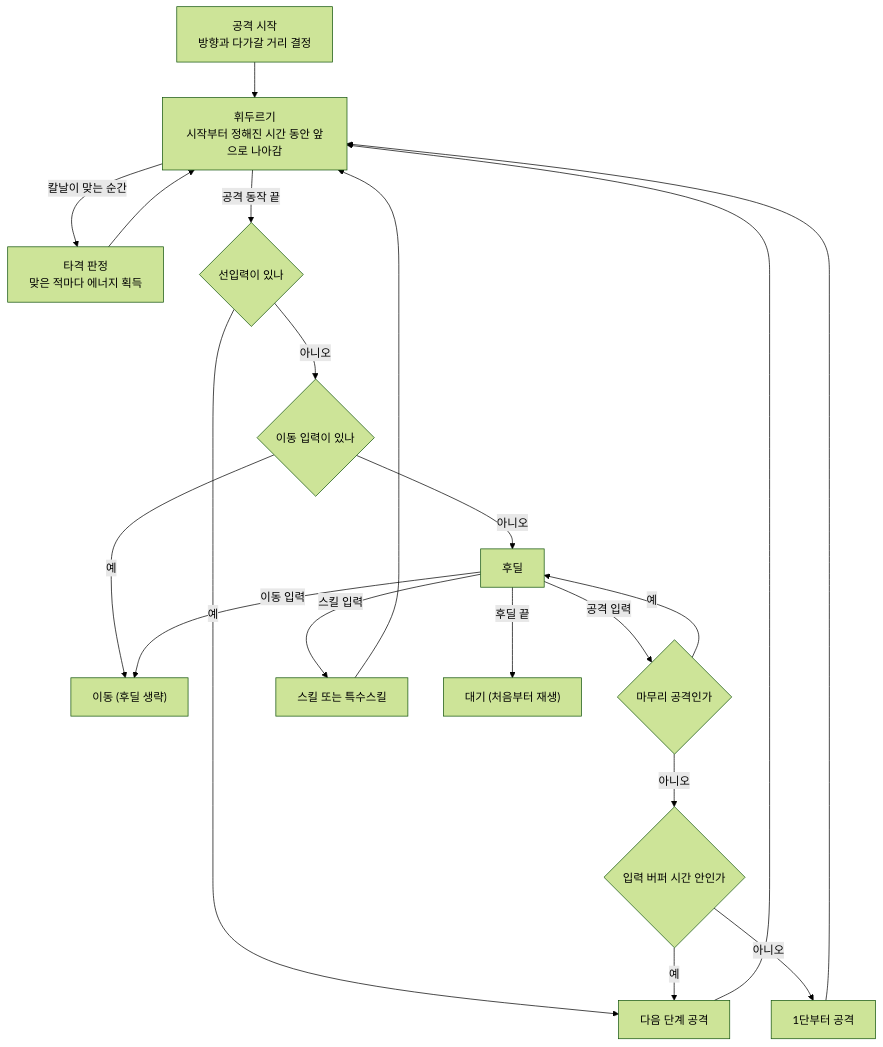
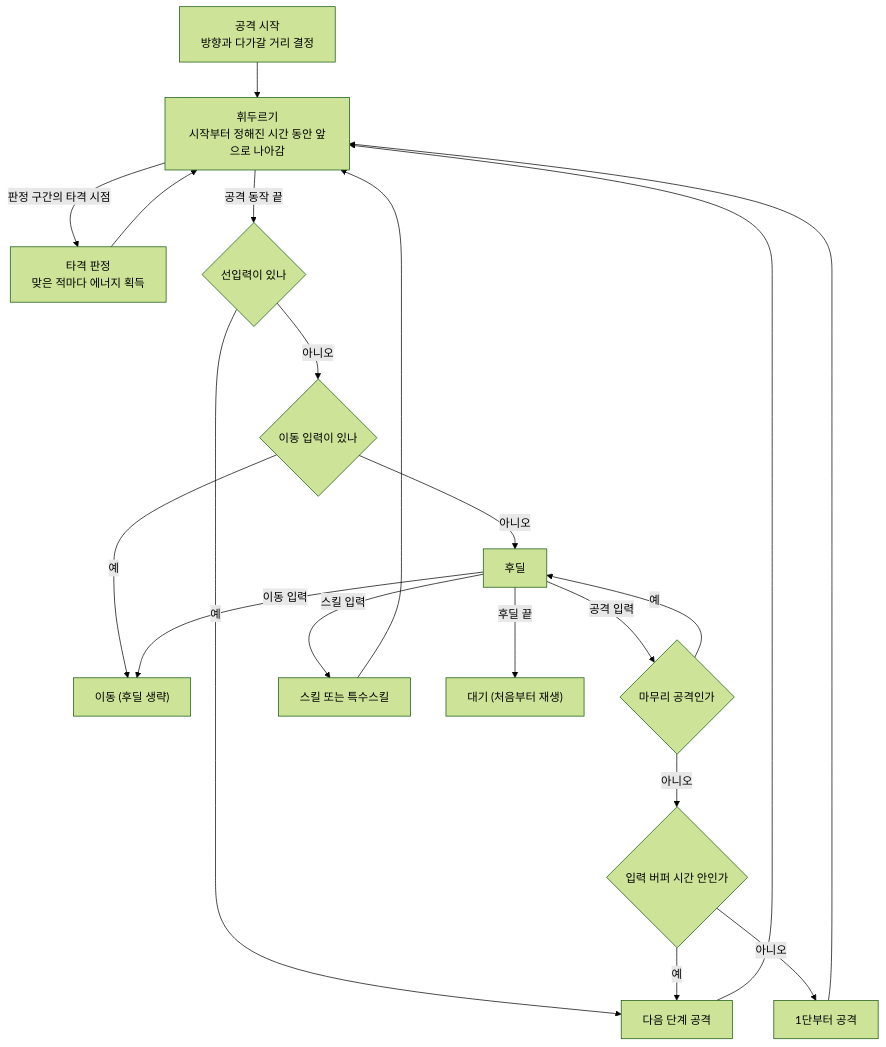
Before and after one commit to SquashPrince/Develrocket_mp15_HHH: the first of 6 diagrams in Docs/Technical/Player/PlayerAttack.md, drawn with Mermaid (forest theme). The commit also changed other lines of this file and 5 other files, not shown here.

````diff
--- a/Docs/Technical/Player/PlayerAttack.md
+++ b/Docs/Technical/Player/PlayerAttack.md
@@ -26,22 +28,22 @@
 ```mermaid
 flowchart TD
     A["공격 시작<br>방향과 다가갈 거리 결정"] --> B["휘두르기<br>시작부터 정해진 시간 동안 앞으로 나아감"]
-    B -->|"칼날이 맞는 순간"| H["타격 판정<br>맞은 적마다 에너지 획득"]
+    B -->|"판정 구간의 타격 시점"| H["타격 판정<br>맞은 적마다 에너지 획득"]
     H --> B
     B -->|"공격 동작 끝"| C{"선입력이 있나"}
     C -->|"예"| N["다음 단계 공격"]
     C -->|"아니오"| D{"이동 입력이 있나"}
     D -->|"예"| L["이동 (후딜 생략)"]
     D -->|"아니오"| R["후딜"]
     R -->|"공격 입력"| M{"마무리 공격인가"}
     M -->|"예"| R
     M -->|"아니오"| K{"입력 버퍼 시간 안인가"}
     K -->|"예"| N
     K -->|"아니오"| F["1단부터 공격"]
     R -->|"스킬 입력"| S["스킬 또는 특수스킬"]
     R -->|"이동 입력"| L
     R -->|"후딜 끝"| I["대기 (처음부터 재생)"]
     N --> B
     F --> B
     S --> B
 ```
````
